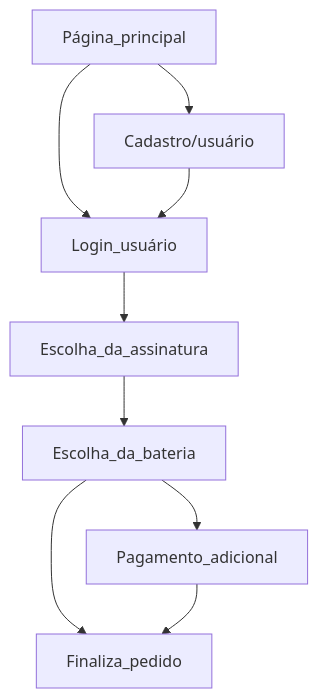
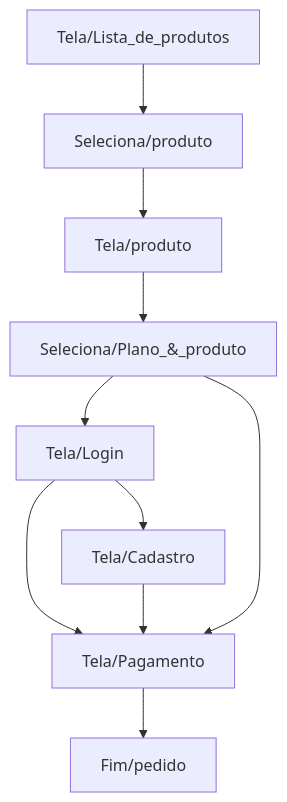
Before and after one commit to PowerGreenBr/backEnd: the diagram in README.md, drawn with Mermaid.

Commit message:
Fix:fluxo do usuário update

````diff
--- a/README.md
+++ b/README.md
@@ -12,11 +12,13 @@
 ```mermaid
 graph TD;
-Página_principal-->Cadastro/usuário;
-Página_principal-->Login_usuário;
-Cadastro/usuário-->Login_usuário;
-Login_usuário-->Escolha_da_assinatura;
-Escolha_da_assinatura-->Escolha_da_bateria;
-Escolha_da_bateria-->Pagamento_adicional;
-Escolha_da_bateria-->Finaliza_pedido;
-Pagamento_adicional-->Finaliza_pedido;
+Tela/Lista_de_produtos-->Seleciona/produto;
+Seleciona/produto-->Tela/produto;
+Tela/produto-->Seleciona/Plano_&_produto;
+Seleciona/Plano_&_produto-->Tela/Login;
+Tela/Login-->Tela/Pagamento
+Tela/Login-->Tela/Cadastro
+Tela/Cadastro-->Tela/Pagamento;
+Seleciona/Plano_&_produto-->Tela/Pagamento;
+Tela/Pagamento-->Fim/pedido
+
 ```
````
